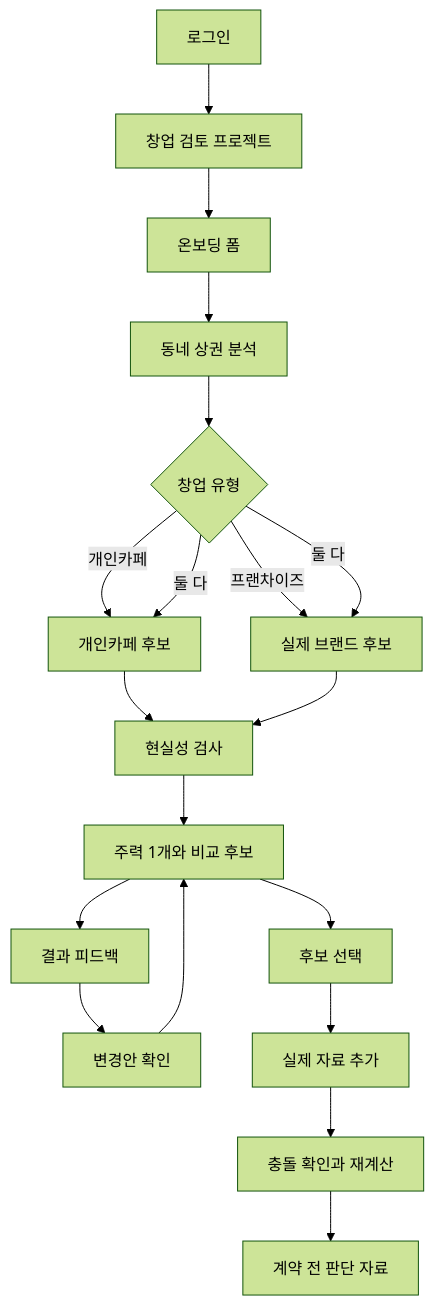
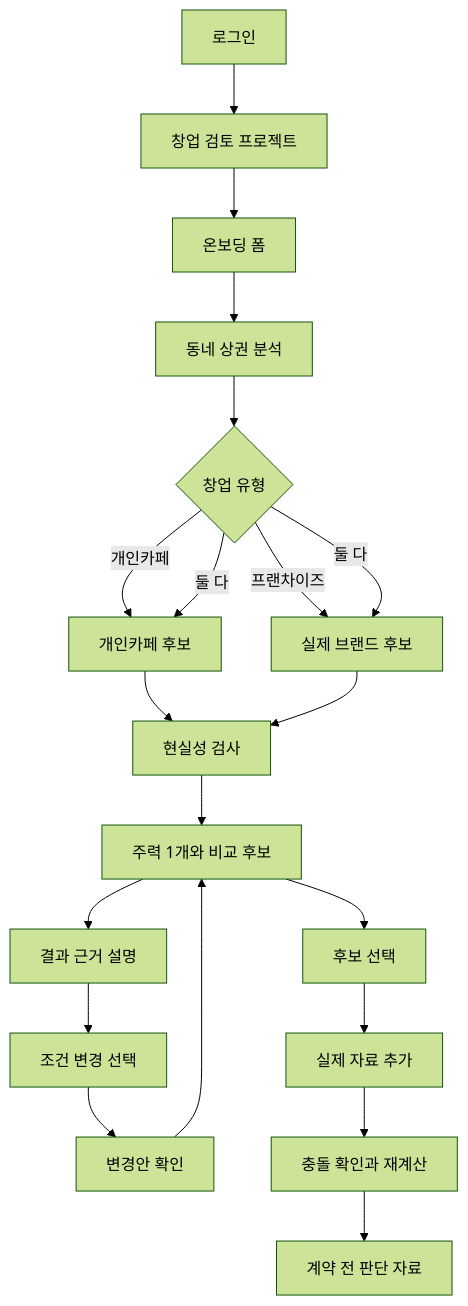
Before and after one commit to ai-bootcamp-team4/CaffeMate: the diagram in docs/product-spec.md, drawn with Mermaid (forest theme). The commit also changed other lines of this file and 27 other files, not shown here.

````diff
--- a/docs/product-spec.md
+++ b/docs/product-spec.md
@@ -68,21 +68,22 @@
 ```mermaid
 flowchart TD
     login[로그인] --> project[창업 검토 프로젝트]
     project --> onboarding[온보딩 폼]
     onboarding --> area[동네 상권 분석]
     area --> branch{창업 유형}
     branch -->|개인카페| independent[개인카페 후보]
     branch -->|프랜차이즈| franchise[실제 브랜드 후보]
     branch -->|둘 다| independent
     branch -->|둘 다| franchise
     independent --> gate[현실성 검사]
     franchise --> gate
     gate --> result[주력 1개와 비교 후보]
-    result --> feedback[결과 피드백]
+    result --> explain[결과 근거 설명]
+    explain --> feedback[조건 변경 선택]
     feedback --> confirm[변경안 확인]
     confirm --> result
     result --> select[후보 선택]
     select --> artifact[실제 자료 추가]
     artifact --> recompute[충돌 확인과 재계산]
     recompute --> packet[계약 전 판단 자료]
 ```
````
